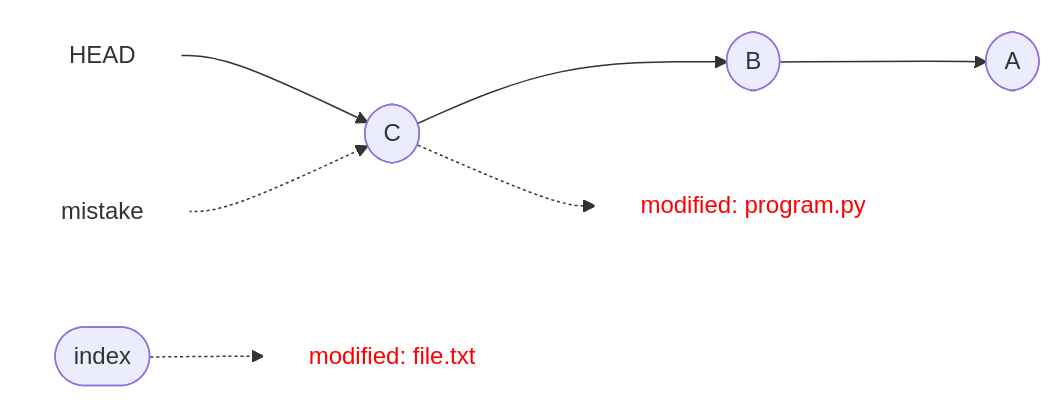
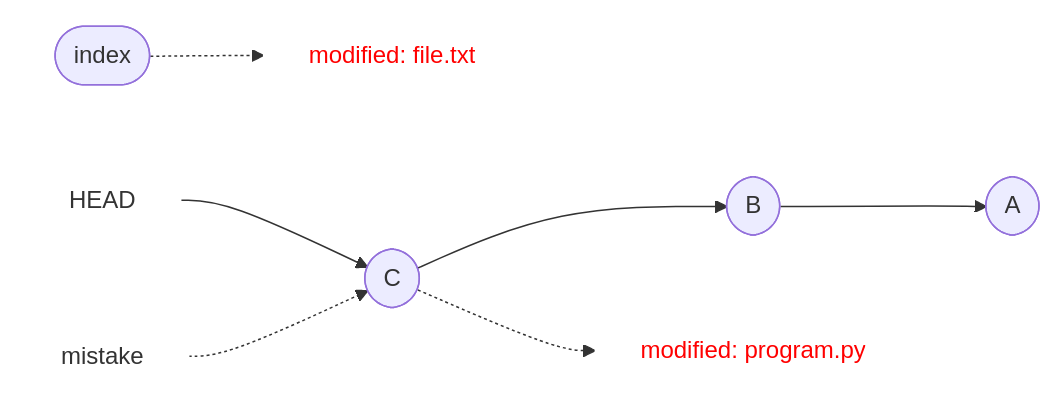
Before and after one commit to hpc2n/course-intro-git: the ninth of 11 diagrams in docs/commits.md, drawn with Mermaid. The commit also changed other lines of this file, not shown here.

Commit message:
Trying to fix the mermaid diagram

````diff
--- a/docs/commits.md
+++ b/docs/commits.md
@@ -1016,27 +1016,27 @@
 ```mermaid
 graph LR
 
   index(["index"])
+
+  file3["modified: file.txt"]
+  style file3 fill:#ffffff,stroke:#ffffff,color:#ff0000
+  index -.-> file3
 
   A(["A"])
   C(["C"])
   B(["B"])
   C --> B
   B --> A
 
   head["HEAD"]
   style head fill:#ffffff,stroke:#ffffff
   head --> C
 
   amistake["mistake"]
   style amistake fill:#ffffff,stroke:#ffffff
   amistake -.-> C
 
   file2["modified: program.py"]
   style file2 fill:#ffffff,stroke:#ffffff,color:#ff0000
   C -.-> file2
-  
-  file3["modified: file.txt"]
-  style file3 fill:#ffffff,stroke:#ffffff,color:#ff0000
-  index -.-> file3
 ```
````
